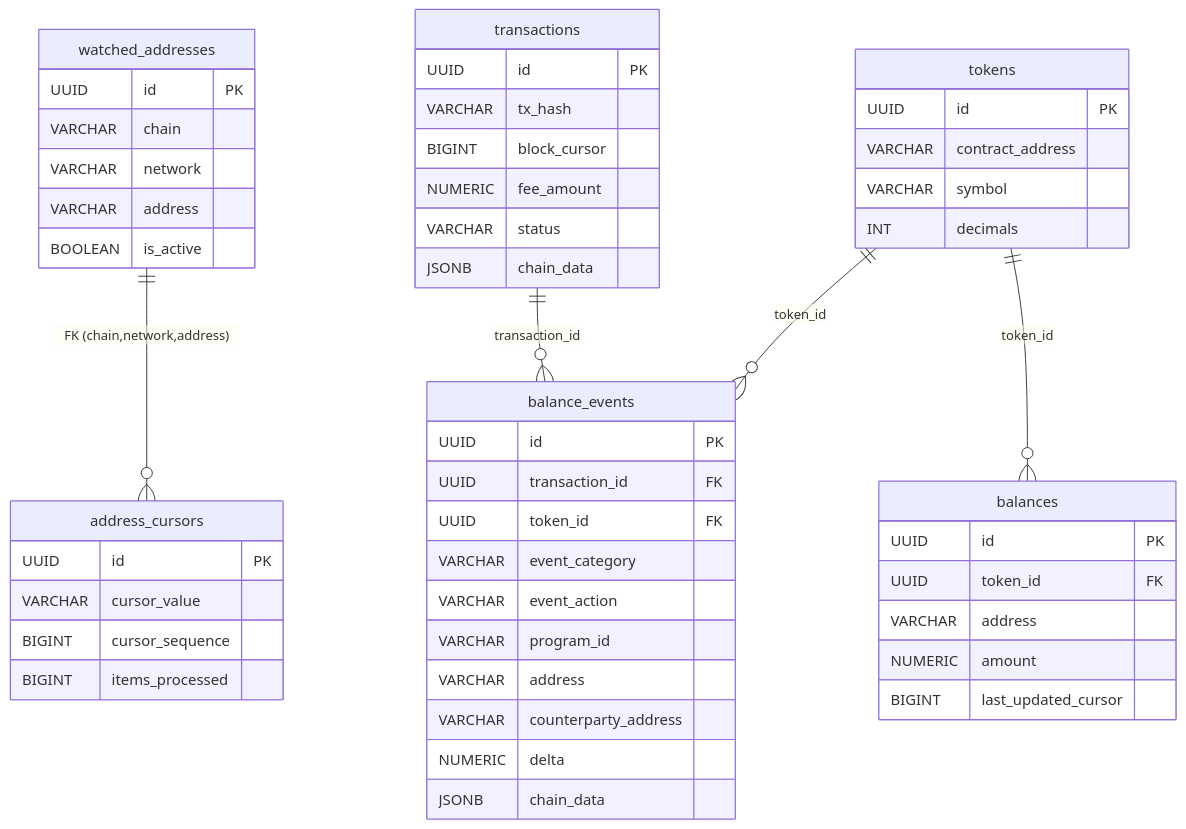
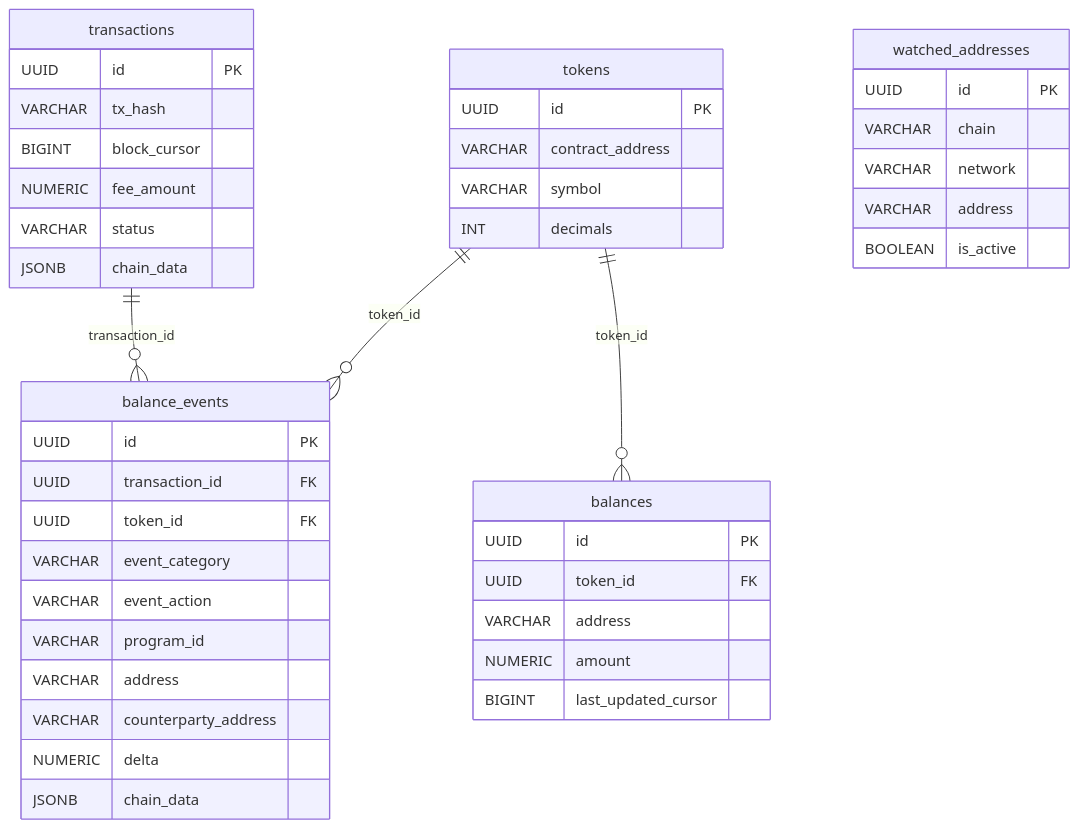
Before and after one commit to emperorhan/multichain-indexer: the fifth of 5 diagrams in README.md, drawn with Mermaid. The commit also changed other lines of this file and 4 other files, not shown here.

First line of the commit message:
docs: Redis 제거 + address_cursors 제거 반영 — 문서 5개 최신화

````diff
--- a/README.md
+++ b/README.md
@@ -254,59 +251,51 @@
 ```mermaid
 erDiagram
-    watched_addresses ||--o{ address_cursors : "FK (chain,network,address)"
     transactions ||--o{ balance_events : "transaction_id"
     tokens ||--o{ balance_events : "token_id"
     tokens ||--o{ balances : "token_id"
 
     watched_addresses {
         UUID id PK
         VARCHAR chain
         VARCHAR network
         VARCHAR address
         BOOLEAN is_active
-    }
-
-    address_cursors {
-        UUID id PK
-        VARCHAR cursor_value
-        BIGINT cursor_sequence
-        BIGINT items_processed
     }
 
     transactions {
         UUID id PK
         VARCHAR tx_hash
         BIGINT block_cursor
         NUMERIC fee_amount
         VARCHAR status
         JSONB chain_data
     }
 
     balance_events {
         UUID id PK
         UUID transaction_id FK
         UUID token_id FK
         VARCHAR event_category
         VARCHAR event_action
         VARCHAR program_id
         VARCHAR address
         VARCHAR counterparty_address
         NUMERIC delta
         JSONB chain_data
     }
 
     balances {
         UUID id PK
         UUID token_id FK
         VARCHAR address
         NUMERIC amount
         BIGINT last_updated_cursor
     }
 
     tokens {
         UUID id PK
         VARCHAR contract_address
         VARCHAR symbol
         INT decimals
     }
 ```
````
